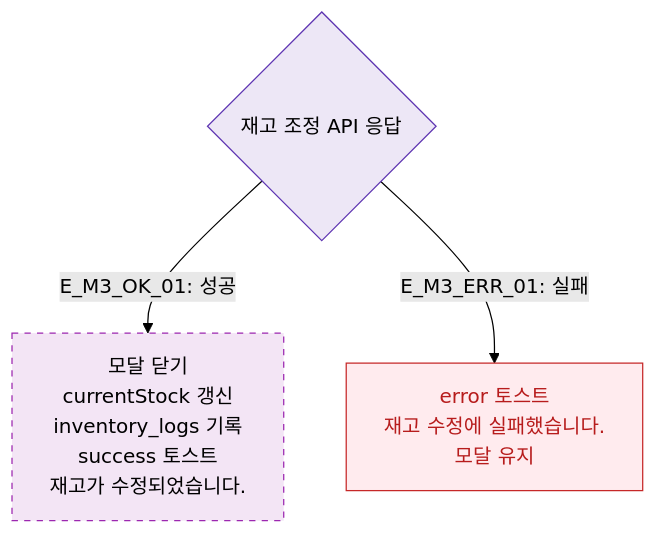
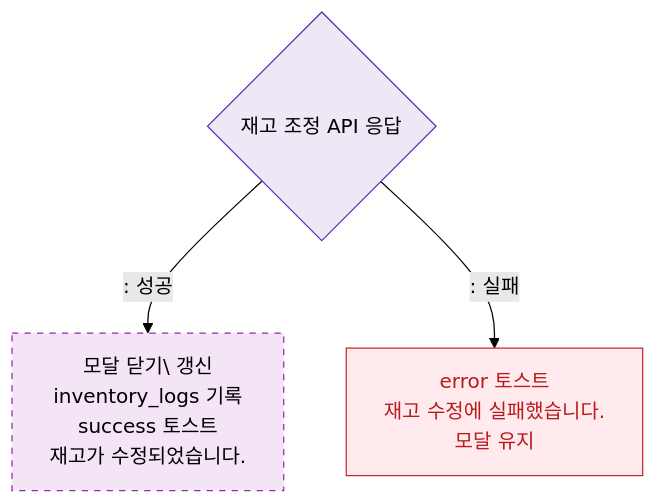
The diagram in docs/다이어그램/D05_상품관리/DLG/DLG-P014_재고조정/M3_결과분기.md (dev-spogym/admin-pando), drawn with Mermaid (forest theme) before and after one commit. The commit also changed other lines of this file and 1660 other files, not shown here.

First line of the commit message:
다이어그램: 기획자/클라이언트 납품본으로 정리

````diff
--- a/docs/다이어그램/D05_상품관리/DLG/DLG-P014_재고조정/M3_결과분기.md
+++ b/docs/다이어그램/D05_상품관리/DLG/DLG-P014_재고조정/M3_결과분기.md
@@ -16,12 +14,12 @@
 ```mermaid
 flowchart TD
-    AdjustAPI{재고 조정 API 응답} -->|"E_M3_OK_01: 성공"| SuccessResult[모달 닫기\ncurrentStock 갱신\ninventory_logs 기록\nsuccess 토스트\n재고가 수정되었습니다.]
-    AdjustAPI -->|"E_M3_ERR_01: 실패"| ErrResult[error 토스트\n재고 수정에 실패했습니다.\n모달 유지]
+    AdjustAPI{재고 조정 API 응답} -->|": 성공"|SuccessResult[모달 닫기\ 갱신\ninventory_logs 기록\nsuccess 토스트\n재고가 수정되었습니다.]
+    AdjustAPI -->|": 실패"|ErrResult[error 토스트\n재고 수정에 실패했습니다.\n모달 유지]
 
     classDef newFeature fill:#F3E5F5,stroke:#9C27B0,stroke-dasharray:5 5
     classDef error fill:#FFEBEE,stroke:#C62828,color:#B71C1C
     classDef system fill:#EDE7F6,stroke:#5E35B2
     class SuccessResult newFeature
     class ErrResult error
     class AdjustAPI system
 ```
````
